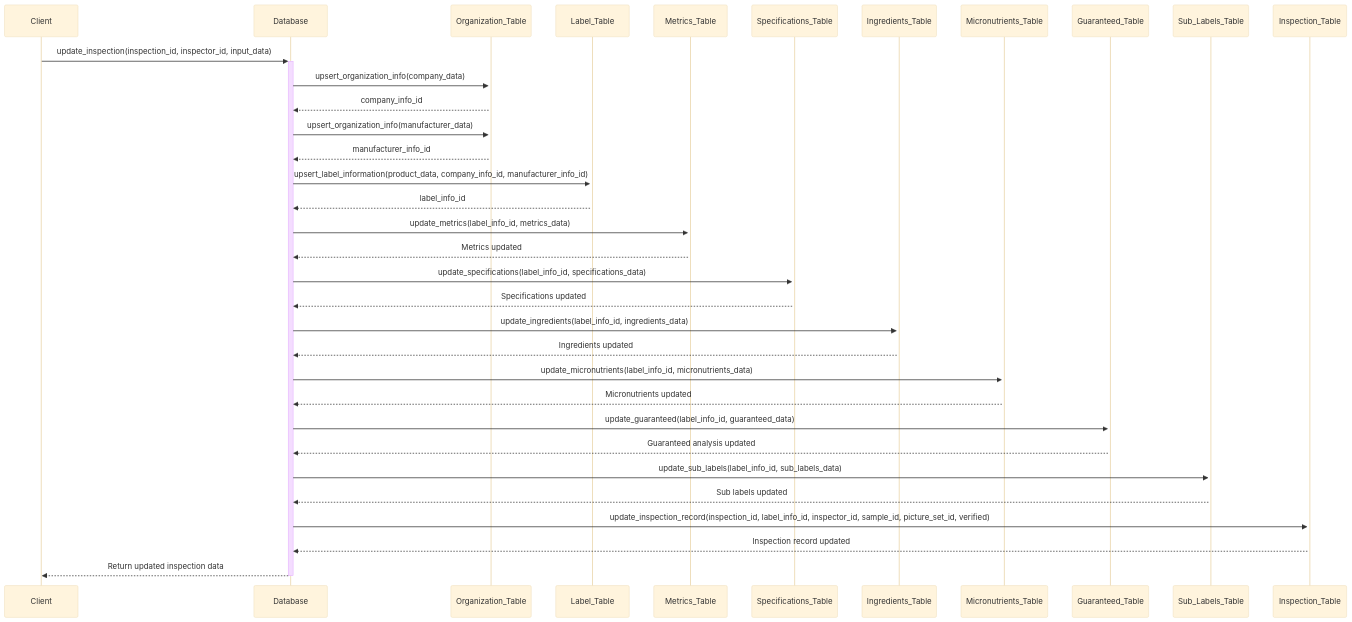
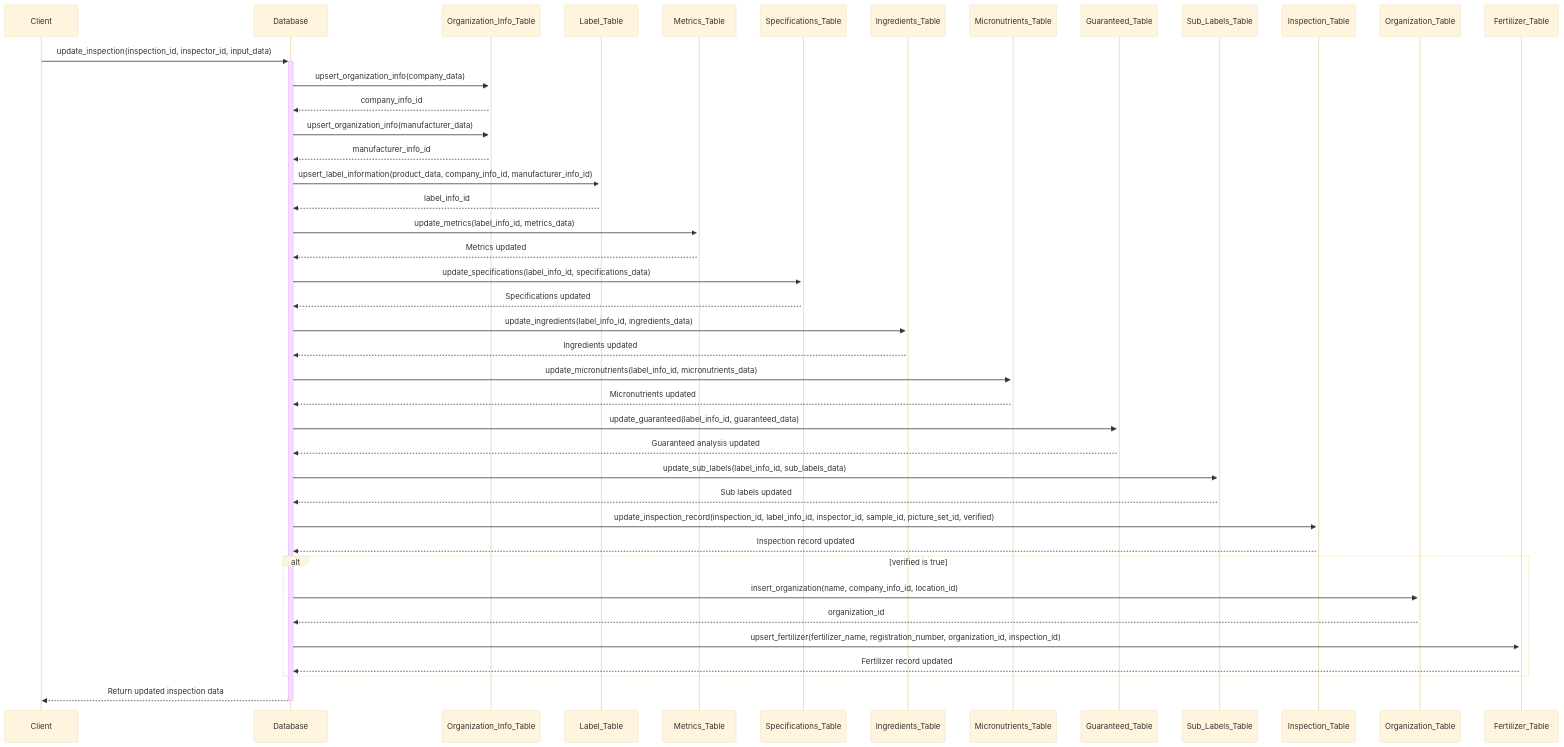
The diagram in doc/FertiScan/update-inspection-sequence.md (ai-cfia/ailab-datastore), drawn with Mermaid (base theme) before and after one commit. The commit also changed other lines of this file and 6 other files, not shown here.

Commit message:
issue #90: upsert fertilizer record if verified

````diff
--- a/doc/FertiScan/update-inspection-sequence.md
+++ b/doc/FertiScan/update-inspection-sequence.md
@@ -15,48 +16,59 @@
 ```mermaid
 sequenceDiagram
     participant Client
     participant DB as Database
-    participant OrganizationTable as Organization_Table
+    participant OrganizationInfoTable as Organization_Info_Table
     participant LabelTable as Label_Table
     participant MetricsTable as Metrics_Table
     participant SpecificationsTable as Specifications_Table
     participant IngredientsTable as Ingredients_Table
     participant MicronutrientsTable as Micronutrients_Table
     participant GuaranteedTable as Guaranteed_Table
     participant SubLabelsTable as Sub_Labels_Table
     participant InspectionTable as Inspection_Table
+    participant OrganizationTable as Organization_Table
+    participant FertilizerTable as Fertilizer_Table
 
     Client->>+DB: update_inspection(inspection_id, inspector_id, input_data)
 
-    DB->>+OrganizationTable: upsert_organization_info(company_data)
-    OrganizationTable-->>DB: company_info_id
+    DB->>+OrganizationInfoTable: upsert_organization_info(company_data)
+    OrganizationInfoTable-->>DB: company_info_id
 
-    DB->>+OrganizationTable: upsert_organization_info(manufacturer_data)
-    OrganizationTable-->>DB: manufacturer_info_id
+    DB->>+OrganizationInfoTable: upsert_organization_info(manufacturer_data)
+    OrganizationInfoTable-->>DB: manufacturer_info_id
 
     DB->>+LabelTable: upsert_label_information(product_data, company_info_id, manufacturer_info_id)
     LabelTable-->>DB: label_info_id
 
     DB->>+MetricsTable: update_metrics(label_info_id, metrics_data)
     MetricsTable-->>DB: Metrics updated
 
     DB->>+SpecificationsTable: update_specifications(label_info_id, specifications_data)
     SpecificationsTable-->>DB: Specifications updated
 
     DB->>+IngredientsTable: update_ingredients(label_info_id, ingredients_data)
     IngredientsTable-->>DB: Ingredients updated
 
     DB->>+MicronutrientsTable: update_micronutrients(label_info_id, micronutrients_data)
     MicronutrientsTable-->>DB: Micronutrients updated
 
     DB->>+GuaranteedTable: update_guaranteed(label_info_id, guaranteed_data)
     GuaranteedTable-->>DB: Guaranteed analysis updated
 
     DB->>+SubLabelsTable: update_sub_labels(label_info_id, sub_labels_data)
     SubLabelsTable-->>DB: Sub labels updated
 
     DB->>+InspectionTable: update_inspection_record(inspection_id, label_info_id, inspector_id, sample_id, picture_set_id, verified)
     InspectionTable-->>DB: Inspection record updated
 
+    alt verified is true
+        DB->>+OrganizationTable: insert_organization(name, company_info_id, location_id)
+        OrganizationTable-->>DB: organization_id
+
+        DB->>+FertilizerTable: upsert_fertilizer(fertilizer_name, registration_number, organization_id, inspection_id)
+        FertilizerTable-->>DB: Fertilizer record updated
+    end
+
     DB-->>-Client: Return updated inspection data
+
 ```
````
